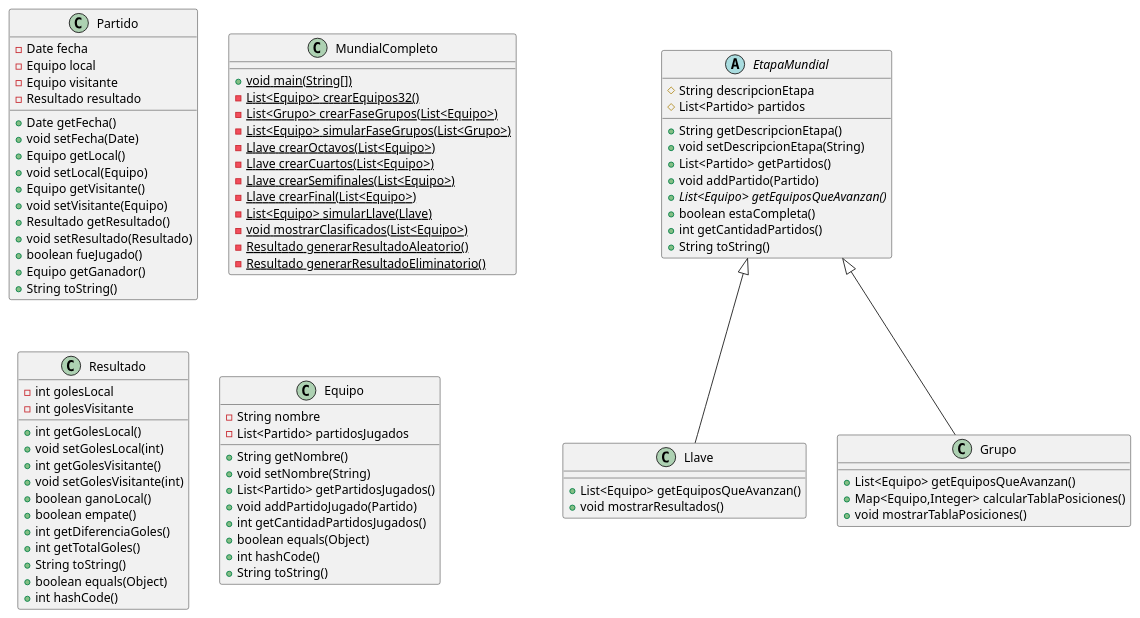
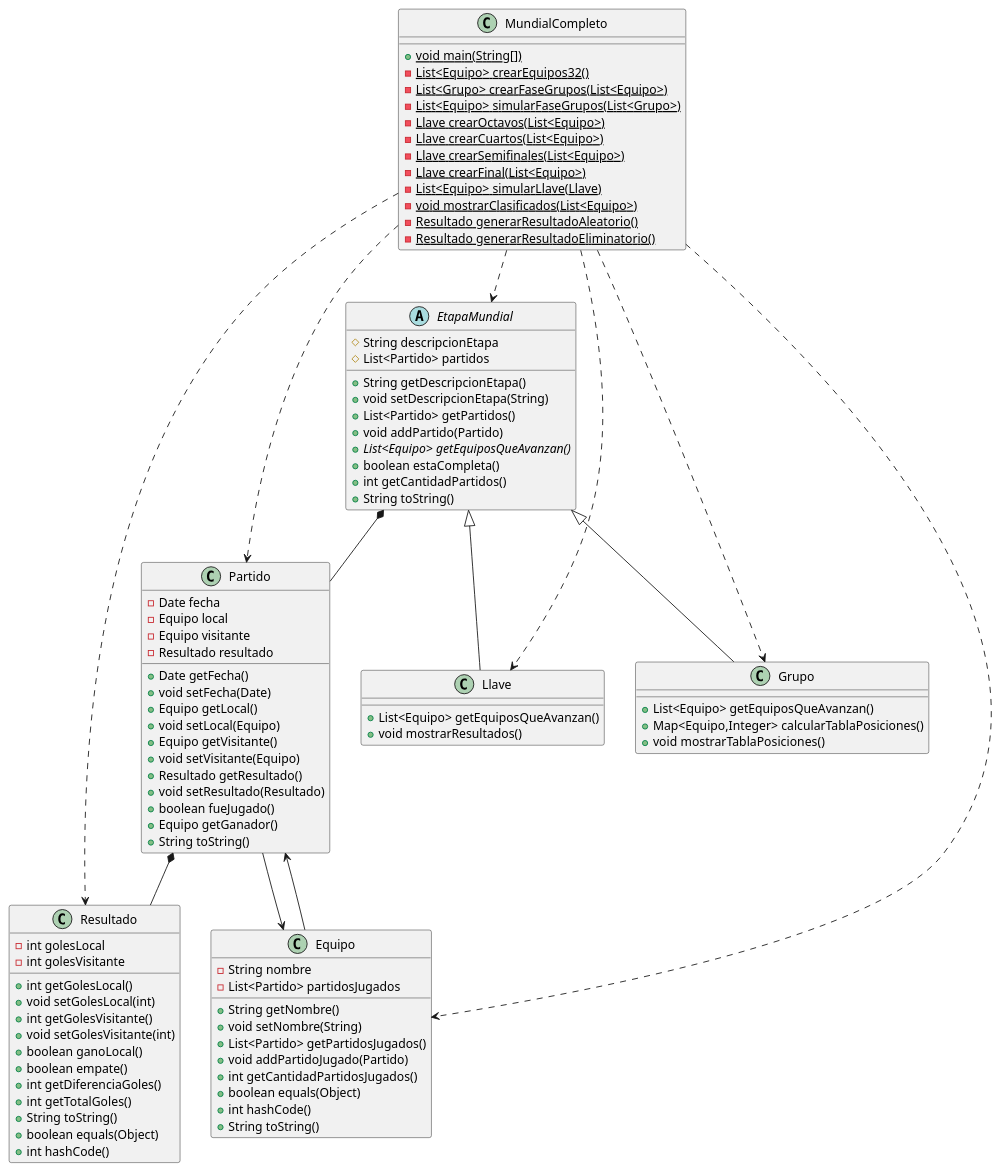
Before and after one commit to SantiCher/FinalSantiagoChersichPOO: the diagram in FinalPOOSantiagoChersichACM2AV/Diagrama PUML/MundialUML.puml, drawn with PlantUML.

```diff
--- a/FinalPOOSantiagoChersichACM2AV/Diagrama PUML/MundialUML.puml
+++ b/FinalPOOSantiagoChersichACM2AV/Diagrama PUML/MundialUML.puml
@@ -1,96 +1,102 @@
 @startuml
+
 class Partido {
-- Date fecha
-- Equipo local
-- Equipo visitante
-- Resultado resultado
-+ Date getFecha()
-+ void setFecha(Date)
-+ Equipo getLocal()
-+ void setLocal(Equipo)
-+ Equipo getVisitante()
-+ void setVisitante(Equipo)
-+ Resultado getResultado()
-+ void setResultado(Resultado)
-+ boolean fueJugado()
-+ Equipo getGanador()
-+ String toString()
+    - Date fecha
+    - Equipo local
+    - Equipo visitante
+    - Resultado resultado
+    + Date getFecha()
+    + void setFecha(Date)
+    + Equipo getLocal()
+    + void setLocal(Equipo)
+    + Equipo getVisitante()
+    + void setVisitante(Equipo)
+    + Resultado getResultado()
+    + void setResultado(Resultado)
+    + boolean fueJugado()
+    + Equipo getGanador()
+    + String toString()
 }
 
-
 class Llave {
-+ List<Equipo> getEquiposQueAvanzan()
-+ void mostrarResultados()
+    + List<Equipo> getEquiposQueAvanzan()
+    + void mostrarResultados()
 }
 
 abstract class EtapaMundial {
-# String descripcionEtapa
-# List<Partido> partidos
-+ String getDescripcionEtapa()
-+ void setDescripcionEtapa(String)
-+ List<Partido> getPartidos()
-+ void addPartido(Partido)
-+ {abstract}List<Equipo> getEquiposQueAvanzan()
-+ boolean estaCompleta()
-+ int getCantidadPartidos()
-+ String toString()
+    # String descripcionEtapa
+    # List<Partido> partidos
+    + String getDescripcionEtapa()
+    + void setDescripcionEtapa(String)
+    + List<Partido> getPartidos()
+    + void addPartido(Partido)
+    + {abstract}List<Equipo> getEquiposQueAvanzan()
+    + boolean estaCompleta()
+    + int getCantidadPartidos()
+    + String toString()
 }
 
-
 class MundialCompleto {
-+ {static} void main(String[])
-- {static} List<Equipo> crearEquipos32()
-- {static} List<Grupo> crearFaseGrupos(List<Equipo>)
-- {static} List<Equipo> simularFaseGrupos(List<Grupo>)
-- {static} Llave crearOctavos(List<Equipo>)
-- {static} Llave crearCuartos(List<Equipo>)
-- {static} Llave crearSemifinales(List<Equipo>)
-- {static} Llave crearFinal(List<Equipo>)
-- {static} List<Equipo> simularLlave(Llave)
-- {static} void mostrarClasificados(List<Equipo>)
-- {static} Resultado generarResultadoAleatorio()
-- {static} Resultado generarResultadoEliminatorio()
+    + {static} void main(String[])
+    - {static} List<Equipo> crearEquipos32()
+    - {static} List<Grupo> crearFaseGrupos(List<Equipo>)
+    - {static} List<Equipo> simularFaseGrupos(List<Grupo>)
+    - {static} Llave crearOctavos(List<Equipo>)
+    - {static} Llave crearCuartos(List<Equipo>)
+    - {static} Llave crearSemifinales(List<Equipo>)
+    - {static} Llave crearFinal(List<Equipo>)
+    - {static} List<Equipo> simularLlave(Llave)
+    - {static} void mostrarClasificados(List<Equipo>)
+    - {static} Resultado generarResultadoAleatorio()
+    - {static} Resultado generarResultadoEliminatorio()
 }
 
 class Grupo {
-+ List<Equipo> getEquiposQueAvanzan()
-+ Map<Equipo,Integer> calcularTablaPosiciones()
-+ void mostrarTablaPosiciones()
+    + List<Equipo> getEquiposQueAvanzan()
+    + Map<Equipo,Integer> calcularTablaPosiciones()
+    + void mostrarTablaPosiciones()
 }
 
 class Resultado {
-- int golesLocal
-- int golesVisitante
-+ int getGolesLocal()
-+ void setGolesLocal(int)
-+ int getGolesVisitante()
-+ void setGolesVisitante(int)
-+ boolean ganoLocal()
-+ boolean empate()
-+ int getDiferenciaGoles()
-+ int getTotalGoles()
-+ String toString()
-+ boolean equals(Object)
-+ int hashCode()
+    - int golesLocal
+    - int golesVisitante
+    + int getGolesLocal()
+    + void setGolesLocal(int)
+    + int getGolesVisitante()
+    + void setGolesVisitante(int)
+    + boolean ganoLocal()
+    + boolean empate()
+    + int getDiferenciaGoles()
+    + int getTotalGoles()
+    + String toString()
+    + boolean equals(Object)
+    + int hashCode()
 }
 
-
 class Equipo {
-- String nombre
-- List<Partido> partidosJugados
-+ String getNombre()
-+ void setNombre(String)
-+ List<Partido> getPartidosJugados()
-+ void addPartidoJugado(Partido)
-+ int getCantidadPartidosJugados()
-+ boolean equals(Object)
-+ int hashCode()
-+ String toString()
+    - String nombre
+    - List<Partido> partidosJugados
+    + String getNombre()
+    + void setNombre(String)
+    + List<Partido> getPartidosJugados()
+    + void addPartidoJugado(Partido)
+    + int getCantidadPartidosJugados()
+    + boolean equals(Object)
+    + int hashCode()
+    + String toString()
 }
-
-
-
 
 EtapaMundial <|-- Llave
 EtapaMundial <|-- Grupo
+EtapaMundial *-- Partido
+Partido *-- Resultado
+Partido --> Equipo
+Equipo --> Partido
+MundialCompleto ..> EtapaMundial
+MundialCompleto ..> Grupo
+MundialCompleto ..> Llave
+MundialCompleto ..> Equipo
+MundialCompleto ..> Partido
+MundialCompleto ..> Resultado
+
 @enduml
```
